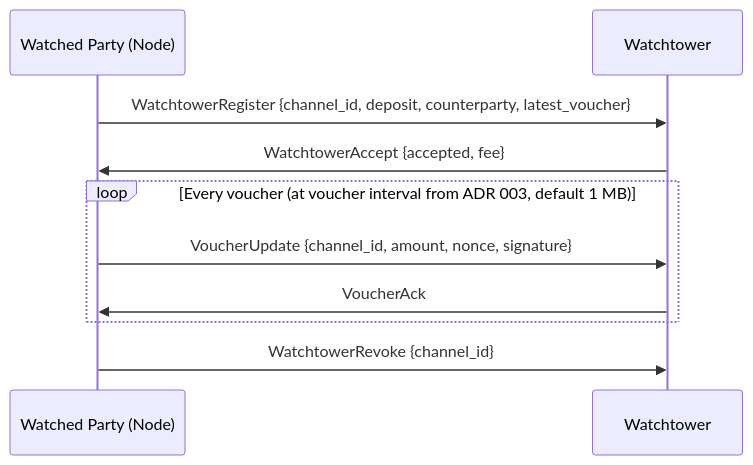
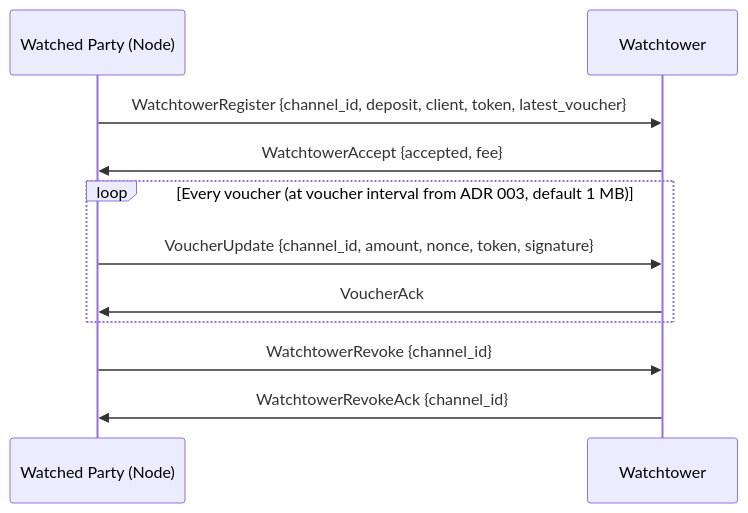
Before and after one commit to decdn/decdn: the first of 2 diagrams in adr/007-watchtower.md, drawn with Mermaid. The commit also changed other lines of this file and 11 other files, not shown here.

First line of the commit message:
docs: fix 56 findings from comprehensive ADR architecture review

````diff
--- a/adr/007-watchtower.md
+++ b/adr/007-watchtower.md
@@ -68,15 +68,16 @@
 ```mermaid
 sequenceDiagram
     participant W as Watched Party (Node)
     participant T as Watchtower
 
-    W->>T: WatchtowerRegister {channel_id, deposit, counterparty, latest_voucher}
+    W->>T: WatchtowerRegister {channel_id, deposit, client, token, latest_voucher}
     T->>W: WatchtowerAccept {accepted, fee}
 
     loop Every voucher (at voucher interval from ADR 003, default 1 MB)
-        W->>T: VoucherUpdate {channel_id, amount, nonce, signature}
+        W->>T: VoucherUpdate {channel_id, amount, nonce, token, signature}
         T->>W: VoucherAck
     end
 
     W->>T: WatchtowerRevoke {channel_id}
+    T->>W: WatchtowerRevokeAck {channel_id}
 ```
````
